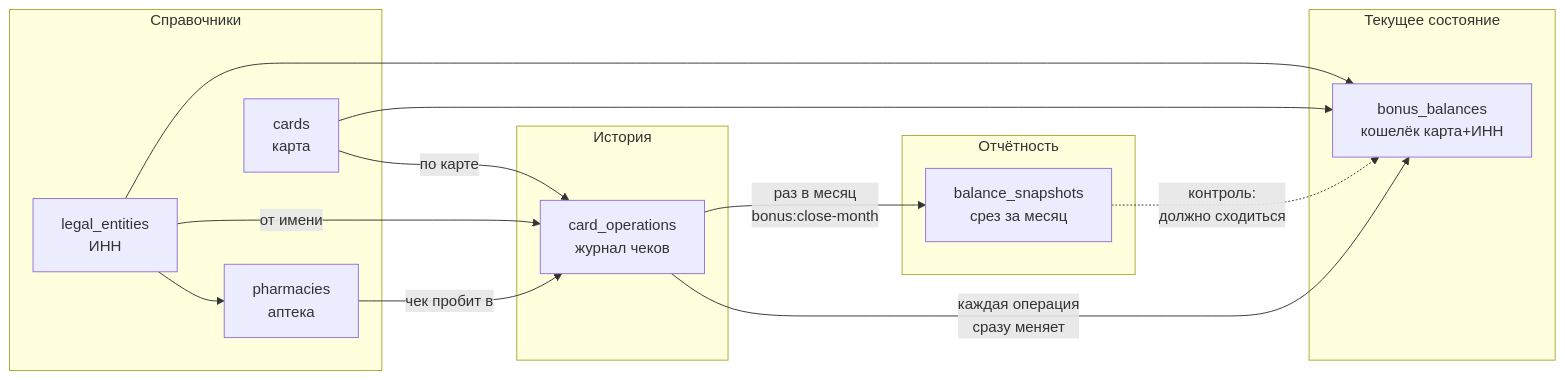
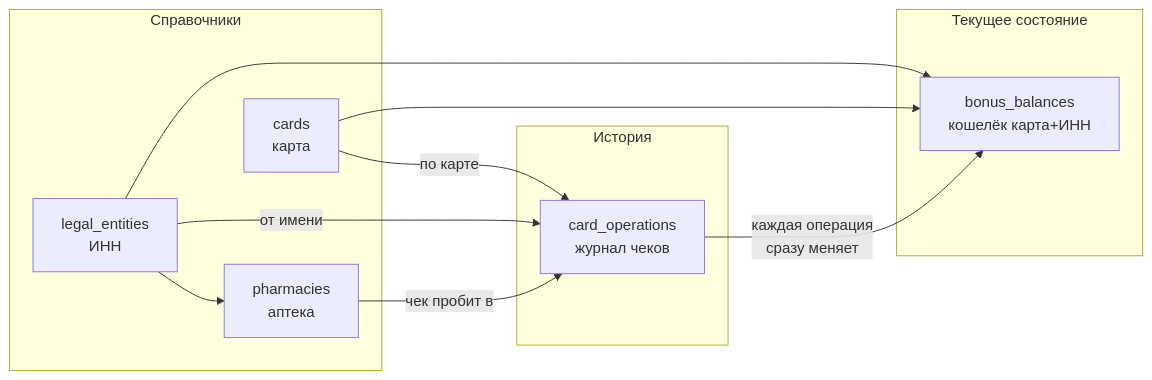
Before and after one commit to maltcevrg/apteka_api: the second of 2 diagrams in docs/15-shema-bazy-dannyh.md, drawn with Mermaid. The commit also changed other lines of this file and 16 other files, not shown here.

Commit message:
Удалены срезы остатков (balance_snapshots, bonus:close-month) и их документация

````diff
--- a/docs/15-shema-bazy-dannyh.md
+++ b/docs/15-shema-bazy-dannyh.md
@@ -183,27 +150,22 @@
 ```mermaid
 flowchart LR
     subgraph Справочники
         LE[legal_entities<br/>ИНН]
         PH[pharmacies<br/>аптека]
         C[cards<br/>карта]
     end
     subgraph Текущее состояние
         BB[bonus_balances<br/>кошелёк карта+ИНН]
     end
     subgraph История
         OP[card_operations<br/>журнал чеков]
     end
-    subgraph Отчётность
-        SN[balance_snapshots<br/>срез за месяц]
-    end
 
     LE --> PH
     PH -->|чек пробит в| OP
     C -->|по карте| OP
     LE -->|от имени| OP
     OP -->|каждая операция<br/>сразу меняет| BB
     C --> BB
     LE --> BB
-    OP -->|раз в месяц<br/>bonus:close-month| SN
-    SN -.->|контроль:<br/>должно сходиться| BB
 ```
````
